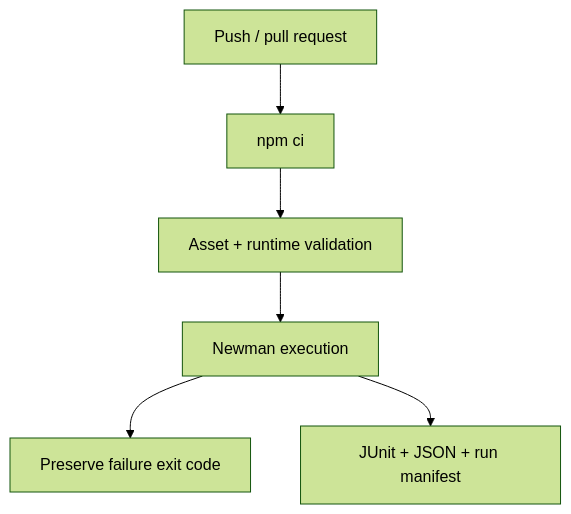
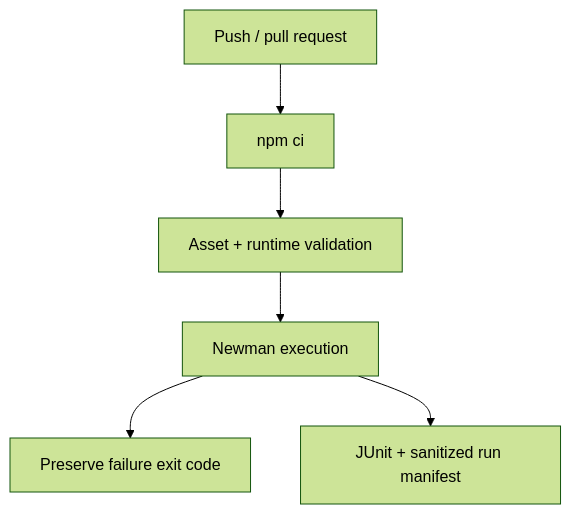
Before and after one commit to portyu9/qa-automation-api-postman-newman: the second of 2 diagrams in README.md, drawn with Mermaid (forest theme). The commit also changed other lines of this file and 5 other files, not shown here.

````diff
--- a/README.md
+++ b/README.md
@@ -215,8 +227,8 @@
 ```mermaid
 flowchart TD
     PR[Push / pull request] --> INSTALL[npm ci]
     INSTALL --> VALIDATE[Asset + runtime validation]
     VALIDATE --> NEWMAN[Newman execution]
     NEWMAN --> EXIT[Preserve failure exit code]
-    NEWMAN --> REPORTS[JUnit + JSON + run manifest]
+    NEWMAN --> REPORTS[JUnit + sanitized run manifest]
 ```
````
